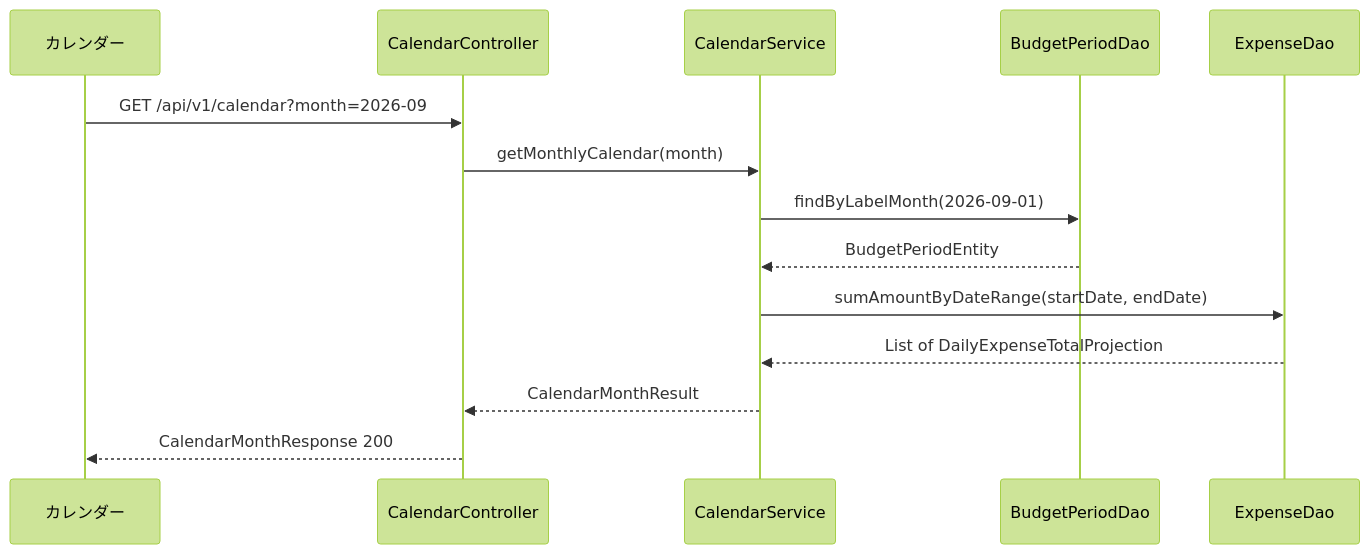
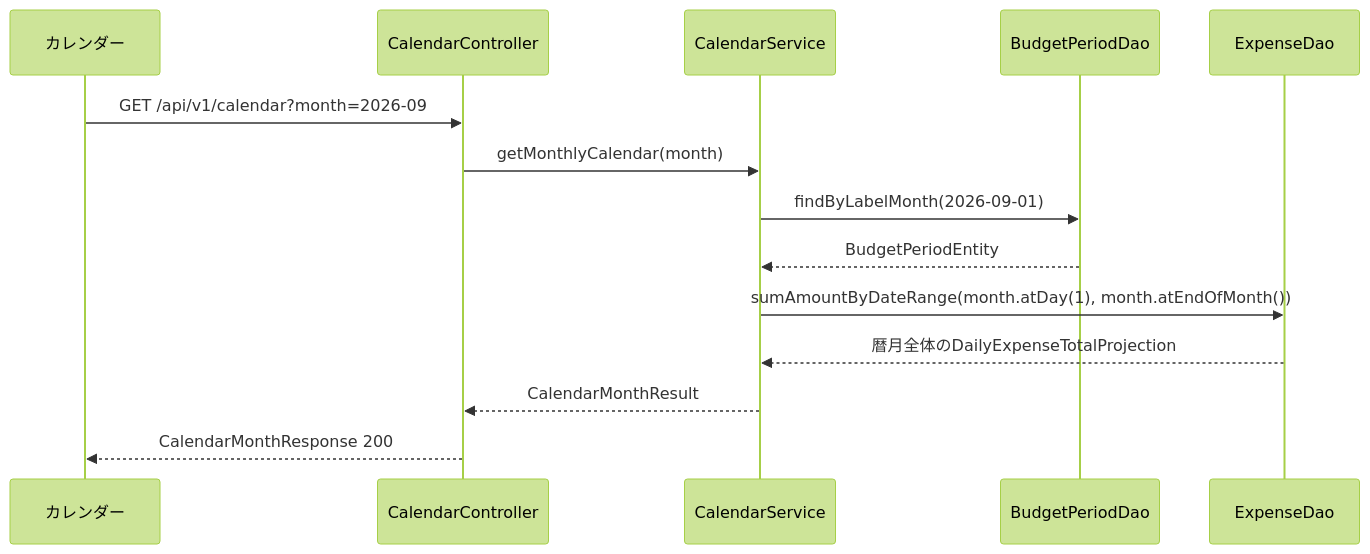
Before and after one commit to okShin0420/ZuboraKakeibo: the seventh of 8 diagrams in docs/architecture/PROGRAM_FUNCTION_STRUCTURE.md, drawn with Mermaid (forest theme). The commit also changed other lines of this file and 114 other files, not shown here.

````diff
--- a/docs/architecture/PROGRAM_FUNCTION_STRUCTURE.md
+++ b/docs/architecture/PROGRAM_FUNCTION_STRUCTURE.md
@@ -294,17 +329,17 @@
 ```mermaid
 sequenceDiagram
     participant UI as カレンダー
     participant C as CalendarController
     participant S as CalendarService
     participant BP as BudgetPeriodDao
     participant E as ExpenseDao
 
     UI->>C: GET /api/v1/calendar?month=2026-09
     C->>S: getMonthlyCalendar(month)
     S->>BP: findByLabelMonth(2026-09-01)
     BP-->>S: BudgetPeriodEntity
-    S->>E: sumAmountByDateRange(startDate, endDate)
-    E-->>S: List of DailyExpenseTotalProjection
+    S->>E: sumAmountByDateRange(month.atDay(1), month.atEndOfMonth())
+    E-->>S: 暦月全体のDailyExpenseTotalProjection
     S-->>C: CalendarMonthResult
     C-->>UI: CalendarMonthResponse 200
 ```
````
